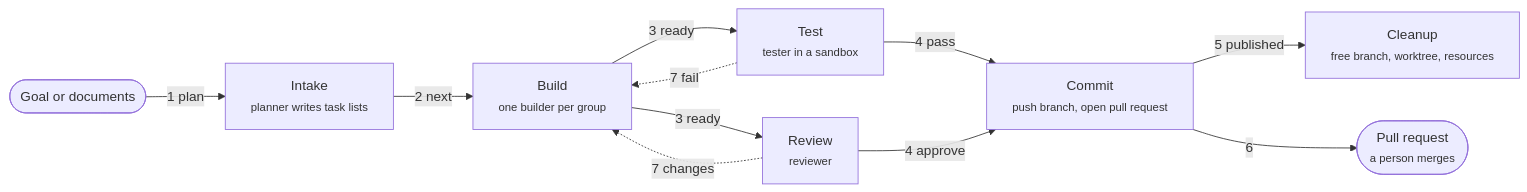
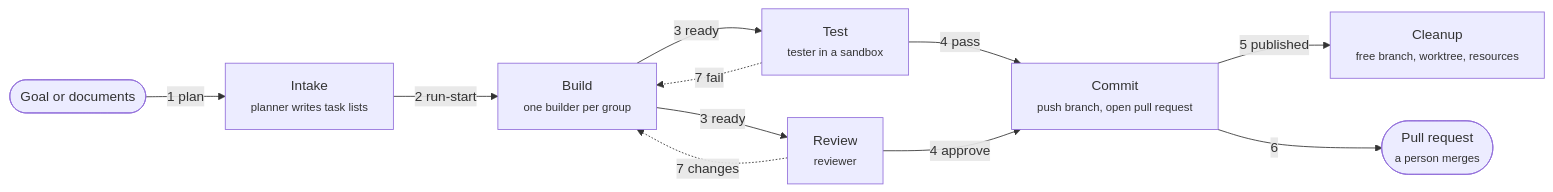
One commit to rdevitto86/komodo-agentic-harness-coding changed the first of 5 diagrams in docs/hld.md. Above: the diagram before and after it, drawn with Mermaid. The commit also changed other lines of this file, not shown here.

Commit message:
docs: write the owner's round-3 answers into the HLD: no next or init, the bus event store, epic branch first, heartbeats and limits

````diff
--- a/docs/hld.md
+++ b/docs/hld.md
@@ -14,21 +14,21 @@
 ```mermaid
 flowchart LR
   G(["Goal or documents"]):::actor
   I["Intake<br><small>planner writes task lists</small>"]
   B["Build<br><small>one builder per group</small>"]:::core
   T["Test<br><small>tester in a sandbox</small>"]:::core
   R["Review<br><small>reviewer</small>"]:::core
   C["Commit<br><small>push branch, open pull request</small>"]
   CL["Cleanup<br><small>free branch, worktree, resources</small>"]
   PR(["Pull request<br><small>a person merges</small>"]):::ok
   G -->|"1 plan"| I
-  I -->|"2 next"| B
+  I -->|"2 run-start"| B
   B -->|"3 ready"| T
   B -->|"3 ready"| R
   T -->|"4 pass"| C
   R -->|"4 approve"| C
   C -->|"5 published"| CL
   C -->|"6"| PR
   T -.->|"7 fail"| B
   R -.->|"7 changes"| B
 ```
````
